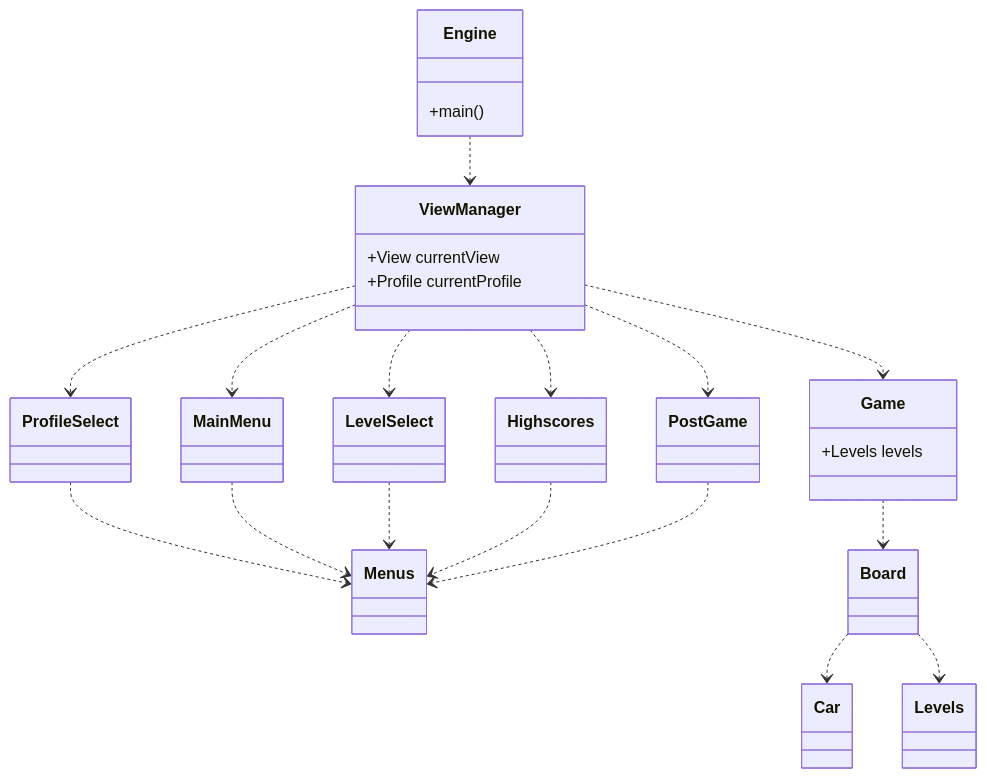
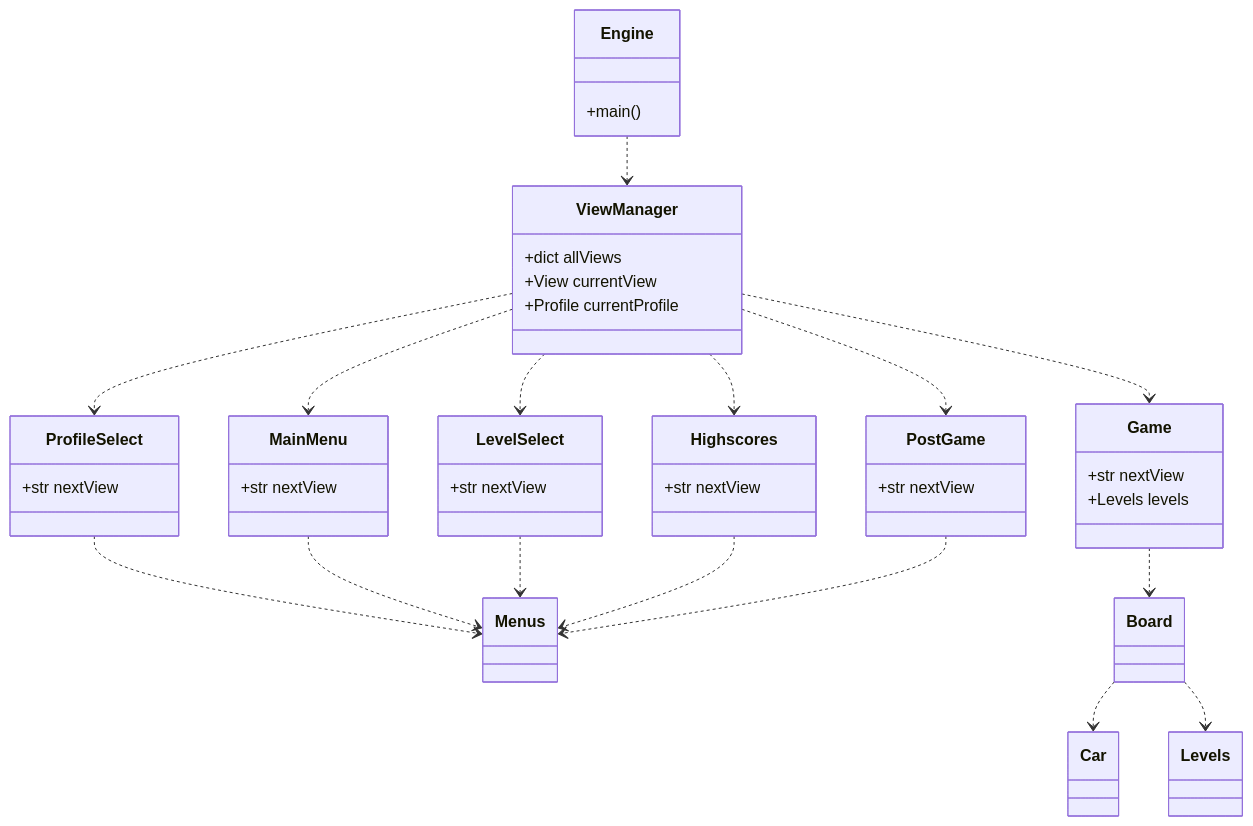
Before and after one commit to samulioll/ot-harjoitustyo: the diagram in dokumentaatio/arkkitehtuuri.md, drawn with Mermaid. The commit also changed 21 other files, not shown here.

Commit message:
created a base for highscores view

````diff
--- a/dokumentaatio/arkkitehtuuri.md
+++ b/dokumentaatio/arkkitehtuuri.md
@@ -5,22 +5,29 @@
 ```mermaid
     classDiagram
         Engine ..> ViewManager
         Engine: +main()
+        ViewManager: +dict allViews
         ViewManager: +View currentView
         ViewManager: +Profile currentProfile
         ViewManager ..> ProfileSelect
         ProfileSelect ..> Menus
+        ProfileSelect: +str nextView
         ViewManager ..> MainMenu
         MainMenu ..> Menus
+        MainMenu: +str nextView
         ViewManager ..> LevelSelect
+        LevelSelect: +str nextView
         LevelSelect ..> Menus
         ViewManager ..> Highscores
+        Highscores: +str nextView
         Highscores ..> Menus
         ViewManager ..> PostGame
+        PostGame: +str nextView
         PostGame ..> Menus
         ViewManager ..> Game
+        Game: +str nextView
         Game: +Levels levels
         Game ..> Board
         Board ..> Car
         Board ..> Levels
 ```
````
